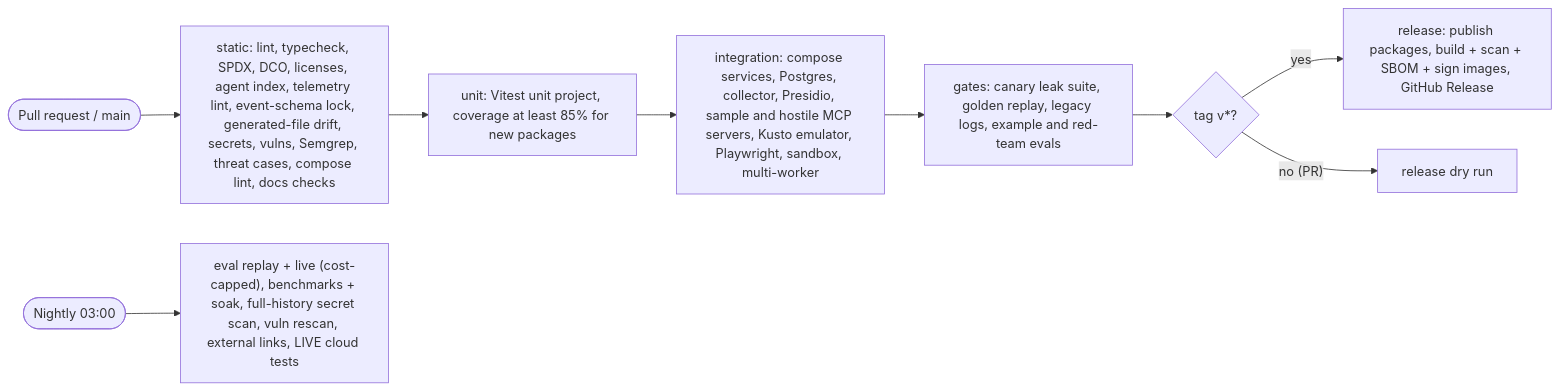
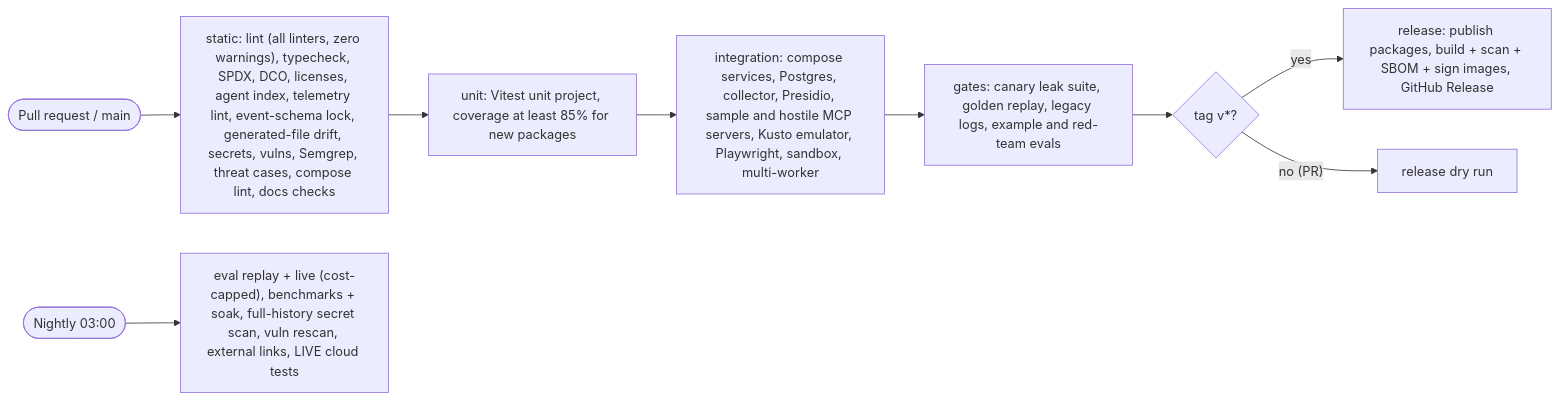
Before and after one commit to Rovinos-AI/rovinos-ai-harness: diagram 17 of 18 in README.md, drawn with Mermaid. The commit also changed other lines of this file and 28 other files, not shown here.

````diff
--- a/README.md
+++ b/README.md
@@ -782,11 +812,11 @@
 ```mermaid
 flowchart LR
-  PR(["Pull request / main"]) --> STATIC["static: lint, typecheck, SPDX, DCO, licenses, agent index, telemetry lint, event-schema lock, generated-file drift, secrets, vulns, Semgrep, threat cases, compose lint, docs checks"]
+  PR(["Pull request / main"]) --> STATIC["static: lint (all linters, zero warnings), typecheck, SPDX, DCO, licenses, agent index, telemetry lint, event-schema lock, generated-file drift, secrets, vulns, Semgrep, threat cases, compose lint, docs checks"]
   STATIC --> UNIT["unit: Vitest unit project, coverage at least 85% for new packages"]
   UNIT --> INTEG["integration: compose services, Postgres, collector, Presidio, sample and hostile MCP servers, Kusto emulator, Playwright, sandbox, multi-worker"]
   INTEG --> GATES["gates: canary leak suite, golden replay, legacy logs, example and red-team evals"]
   GATES --> REL{"tag v*?"}
   REL -- yes --> RELEASE["release: publish packages, build + scan + SBOM + sign images, GitHub Release"]
   REL -- "no (PR)" --> DRY["release dry run"]
   NIGHTLY(["Nightly 03:00"]) --> NE["eval replay + live (cost-capped), benchmarks + soak, full-history secret scan, vuln rescan, external links, LIVE cloud tests"]
 ```
````
